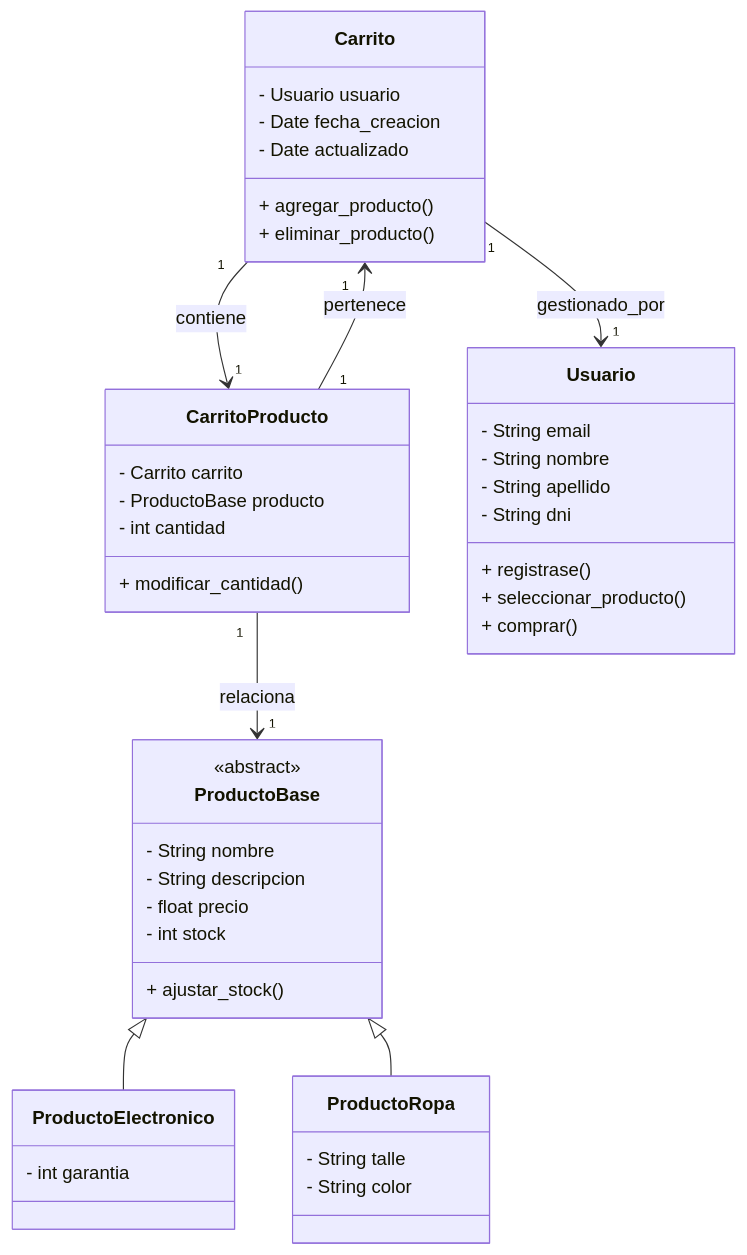
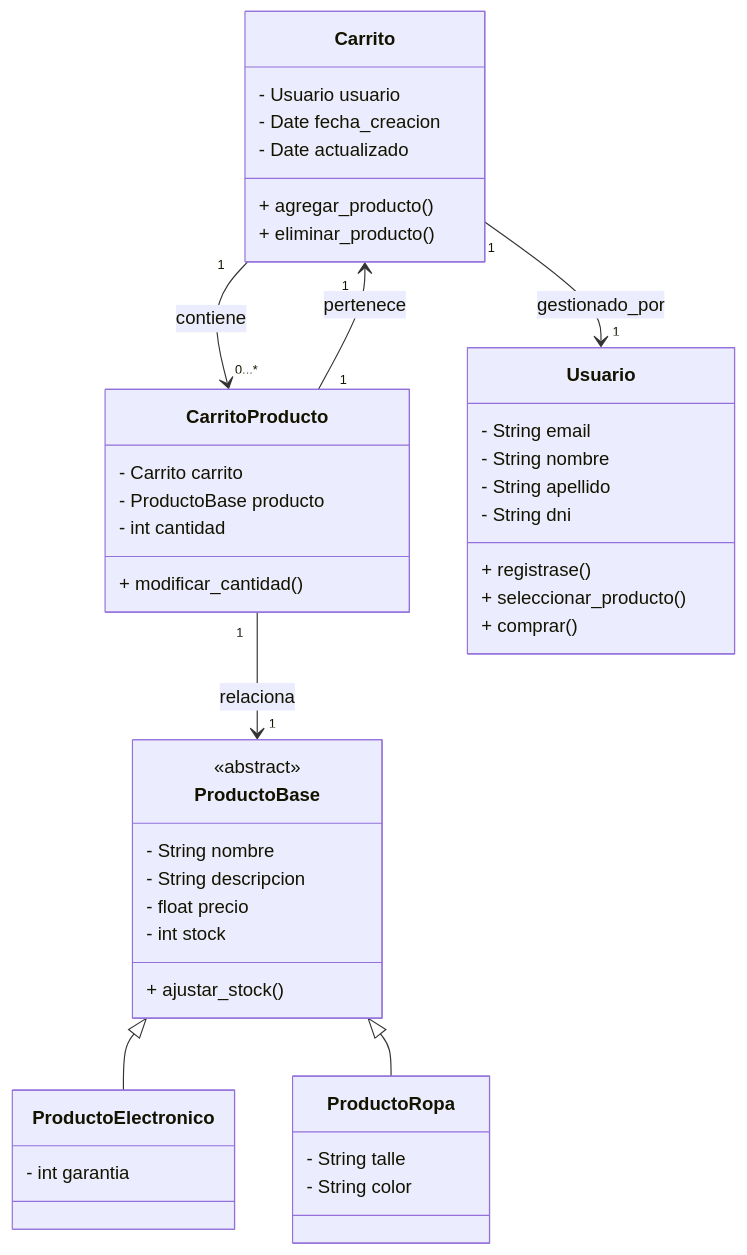
One commit to joelBonelli/TpCarritoCompras changed the first of 3 diagrams in README.md. Above: the diagram before and after it, drawn with Mermaid.

````diff
--- a/README.md
+++ b/README.md
@@ -29,55 +29,55 @@
 ```mermaid
 classDiagram
     %% Clases y Atributos
     class ProductoBase {
         <<abstract>>
         - String nombre
         - String descripcion
         - float precio
         - int stock
         + ajustar_stock()
     }
     
     class ProductoElectronico {
         - int garantia
     }
     
     class ProductoRopa {
         - String talle
         - String color
     }
 
     class Carrito {
         - Usuario usuario
         - Date fecha_creacion
         - Date actualizado
         + agregar_producto()
         + eliminar_producto()
     }
 
     class CarritoProducto {
         - Carrito carrito
         - ProductoBase producto
         - int cantidad
         + modificar_cantidad()
     }
 
     class Usuario {
         - String email
         - String nombre
         - String apellido
         - String dni
         + registrase()
         + seleccionar_producto()
         + comprar()
     }
 
     %% Relaciones
     ProductoBase <|-- ProductoElectronico
     ProductoBase <|-- ProductoRopa
-    Carrito "1" --> "1" CarritoProducto : contiene
+    Carrito "1" --> "0...*" CarritoProducto : contiene
     CarritoProducto "1" --> "1" ProductoBase : relaciona
     CarritoProducto "1" --> "1" Carrito : pertenece
     Carrito "1" --> "1" Usuario : gestionado_por
 
 ```
````
